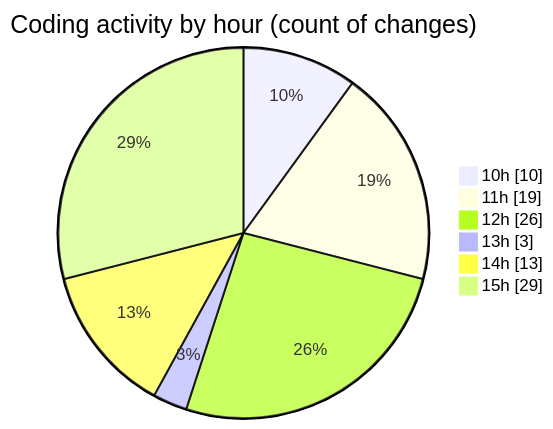
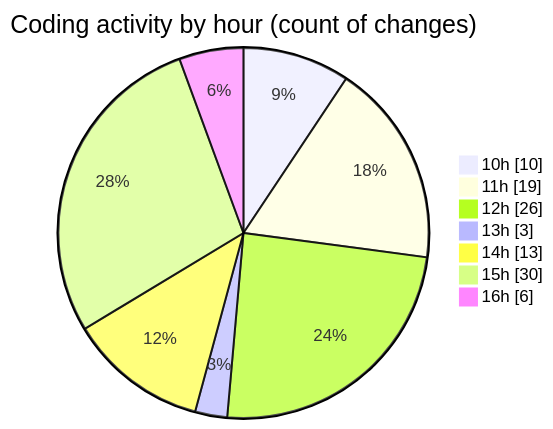
One commit to nxtqubesakshisongat/code-tracking changed the second of 2 diagrams in 2025-07-21/nxtqube_webapp/README.md. Above: the diagram before and after it, drawn with Mermaid. The commit also changed other lines of this file and 1 other file, not shown here.

````diff
--- a/2025-07-21/nxtqube_webapp/README.md
+++ b/2025-07-21/nxtqube_webapp/README.md
@@ -37,10 +37,11 @@
 ```mermaid
 pie showData
 title Coding activity by hour (count of changes)
 "10h" : 10
 "11h" : 19
 "12h" : 26
 "13h" : 3
 "14h" : 13
-"15h" : 29
+"15h" : 30
+"16h" : 6
 ```
````
